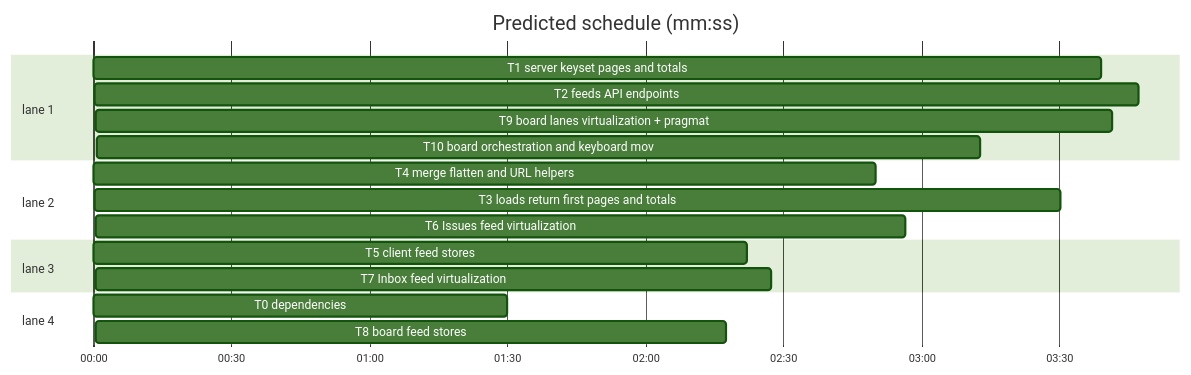
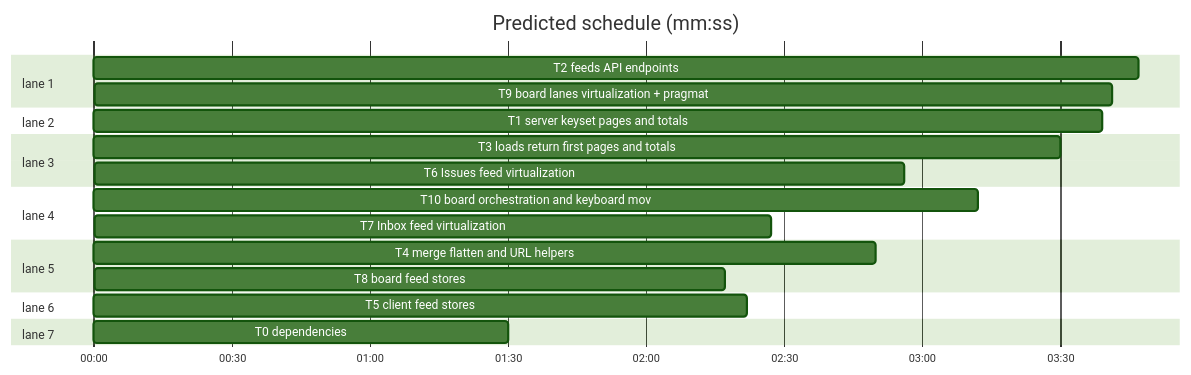
The third of 3 diagrams in docs/plans/2026-10-19-feeds-pagination.md (t128n/funnel), drawn with Mermaid (forest theme) before and after one commit. The commit also changed other lines of this file, not shown here.

````diff
--- a/docs/plans/2026-10-19-feeds-pagination.md
+++ b/docs/plans/2026-10-19-feeds-pagination.md
@@ -63,22 +61,25 @@
 ```mermaid
 %% schedule
 gantt
   title Predicted schedule (mm:ss)
   dateFormat X
   axisFormat %M:%S
   section lane 1
+  T2 feeds API endpoints :t2, 0, 227s
+  T9 board lanes  virtualization + pragmat :t9, 347, 221s
+  section lane 2
   T1 server keyset pages and totals :t1, 0, 219s
-  T2 feeds API endpoints :t2, 219, 227s
-  T9 board lanes  virtualization + pragmat :t9, 566, 221s
-  T10 board orchestration and keyboard mov :t10, 787, 192s
-  section lane 2
+  section lane 3
+  T3 loads return first pages and totals :t3, 0, 210s
+  T6 Issues feed virtualization :t6, 210, 176s
+  section lane 4
+  T10 board orchestration and keyboard mov :t10, 0, 192s
+  T7 Inbox feed virtualization :t7, 210, 147s
+  section lane 5
   T4 merge  flatten and URL helpers :t4, 0, 170s
-  T3 loads return first pages and totals :t3, 219, 210s
-  T6 Issues feed virtualization :t6, 429, 176s
-  section lane 3
+  T8 board feed stores :t8, 210, 137s
+  section lane 6
   T5 client feed stores :t5, 0, 142s
-  T7 Inbox feed virtualization :t7, 429, 147s
-  section lane 4
+  section lane 7
   T0 dependencies :t0, 0, 90s
-  T8 board feed stores :t8, 429, 137s
 ```
````
